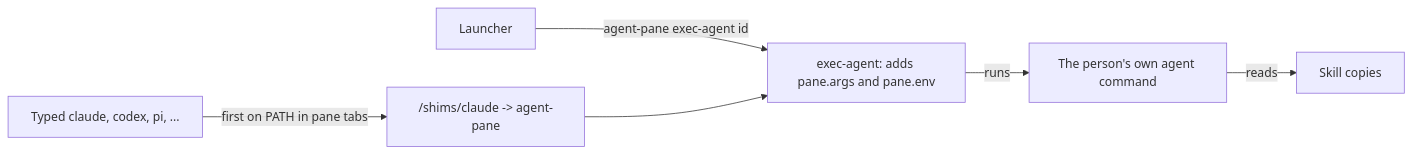
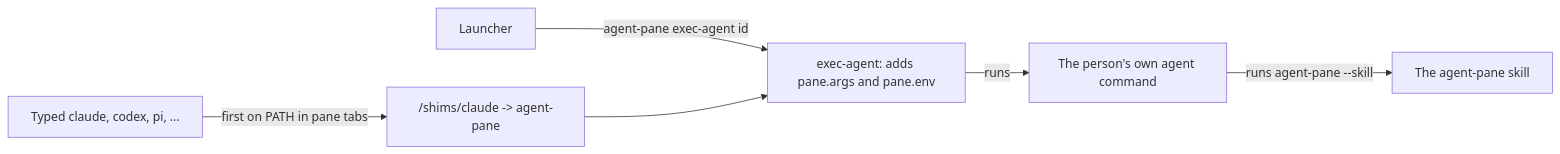
The diagram in docs/rfcs/0005-skill-delivery-in-pane-tabs.md (asakin/agent-pane), drawn with Mermaid before and after one commit. The commit also changed other lines of this file, not shown here.

First line of the commit message:
RFC 0005: point agents at agent-pane --skill, cover Cursor, cut the research

````diff
--- a/docs/rfcs/0005-skill-delivery-in-pane-tabs.md
+++ b/docs/rfcs/0005-skill-delivery-in-pane-tabs.md
@@ -92,8 +54,8 @@
 ```mermaid
 flowchart LR
   launcher["Launcher"] -->|"agent-pane exec-agent id"| step["exec-agent: adds pane.args and pane.env"]
   typed["Typed claude, codex, pi, ..."] -->|"first on PATH in pane tabs"| shim["<data>/shims/claude -> agent-pane"]
   shim --> step
   step -->|"runs"| real["The person's own agent command"]
-  real -->|"reads"| skills["Skill copies"]
+  real -->|"runs agent-pane --skill"| skill["The agent-pane skill"]
 ```
````
